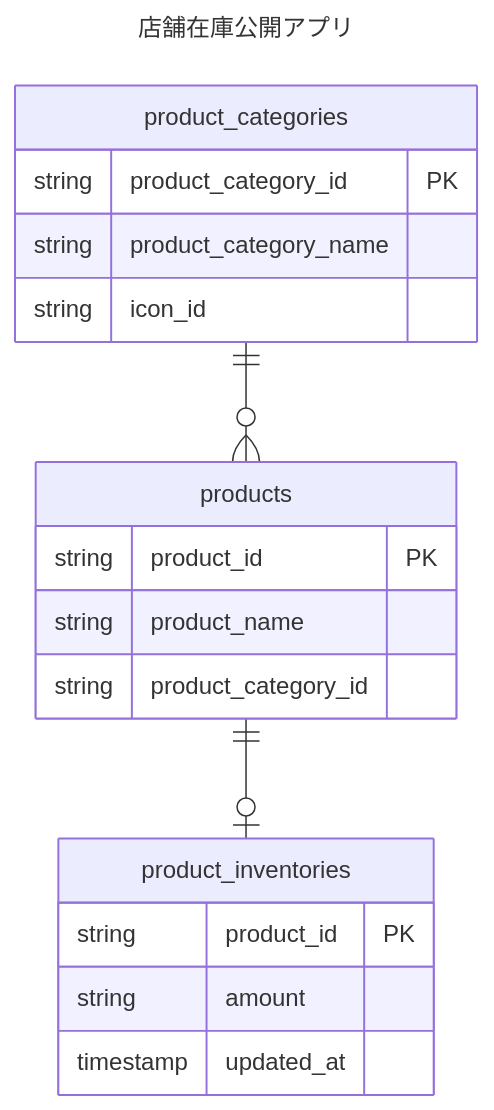
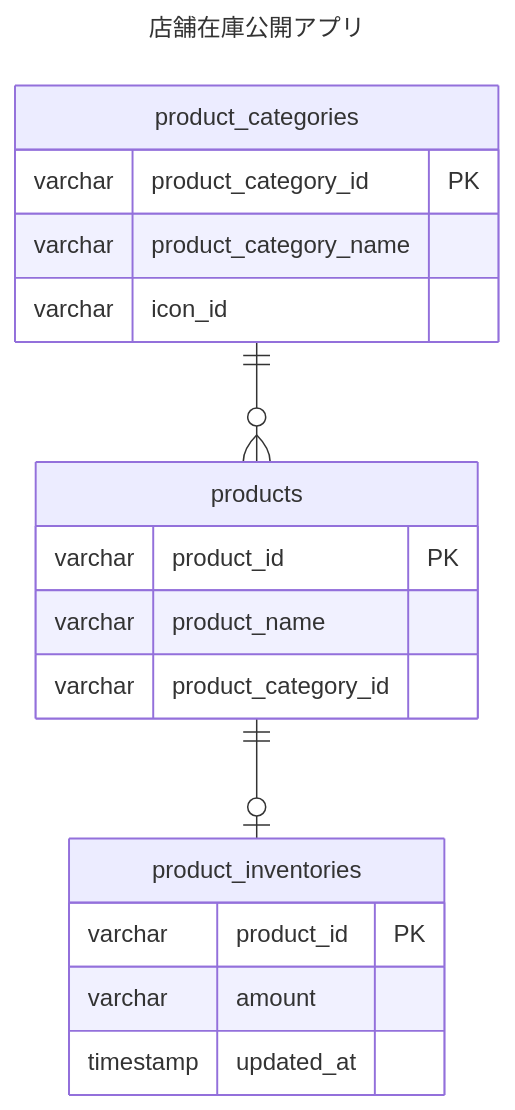
Before and after one commit to kawarabasami/store-inventory-disclosure-poc: the diagram in docs/テーブル設計.md, drawn with Mermaid. The commit also changed 1 other file, not shown here.

````diff
--- a/docs/テーブル設計.md
+++ b/docs/テーブル設計.md
@@ -6,28 +6,28 @@
 ```mermaid
 ---
 title: 店舗在庫公開アプリ
 ---
 erDiagram
 
   product_categories ||--o{ products :""
   products ||--o| product_inventories :""
   product_inventories
 
   product_categories {
-    string product_category_id PK
-    string product_category_name
-    string icon_id
+    varchar product_category_id PK
+    varchar product_category_name
+    varchar icon_id
   }
 
   products {
-    string product_id PK
-    string product_name
-    string product_category_id
+    varchar product_id PK
+    varchar product_name
+    varchar product_category_id
   }
 
   product_inventories {
-    string product_id PK
-    string amount
+    varchar product_id PK
+    varchar amount
     timestamp updated_at
   }
 ```
````
